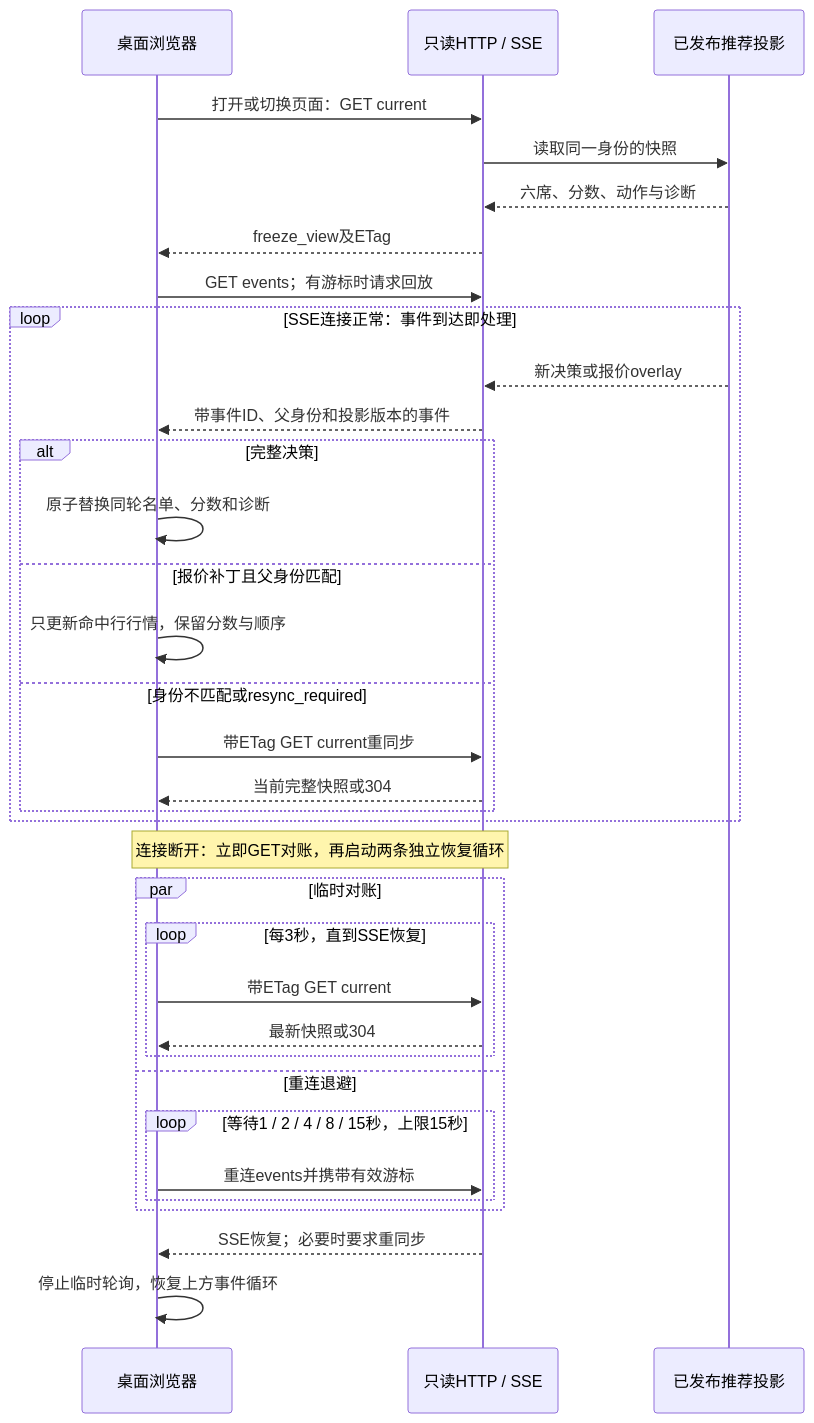
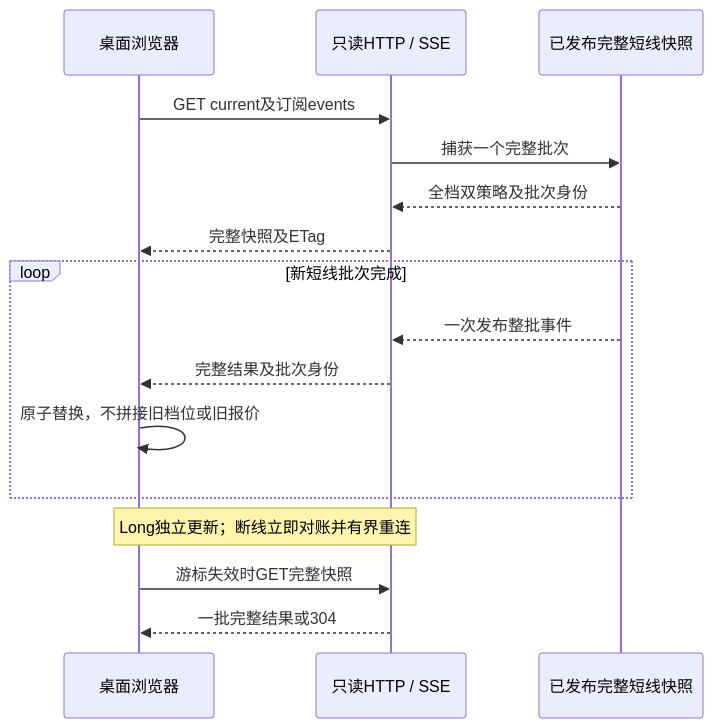
One commit to 373699756/trader changed the sixth of 6 diagrams in docs/2_工程设计.md. Above: the diagram before and after it, drawn with Mermaid. The commit also changed other lines of this file and 9 other files, not shown here.

````diff
--- a/docs/2_工程设计.md
+++ b/docs/2_工程设计.md
@@ -626,36 +654,18 @@
 ```mermaid
 sequenceDiagram
     participant UI as 桌面浏览器
     participant API as 只读HTTP / SSE
-    participant View as 已发布推荐投影
-    UI->>API: 打开或切换页面：GET current
-    API->>View: 读取同一身份的快照
-    View-->>API: 六席、分数、动作与诊断
-    API-->>UI: freeze_view及ETag
-    UI->>API: GET events；有游标时请求回放
-    loop SSE连接正常：事件到达即处理
-        View-->>API: 新决策或报价overlay
-        API-->>UI: 带事件ID、父身份和投影版本的事件
-        alt 完整决策
-            UI->>UI: 原子替换同轮名单、分数和诊断
-        else 报价补丁且父身份匹配
-            UI->>UI: 只更新命中行行情，保留分数与顺序
-        else 身份不匹配或resync_required
-            UI->>API: 带ETag GET current重同步
-            API-->>UI: 当前完整快照或304
-        end
+    participant View as 已发布完整短线快照
+    UI->>API: GET current及订阅events
+    API->>View: 捕获一个完整批次
+    View-->>API: 全档双策略及批次身份
+    API-->>UI: 完整快照及ETag
+    loop 新短线批次完成
+        View-->>API: 一次发布整批事件
+        API-->>UI: 完整结果及批次身份
+        UI->>UI: 原子替换，不拼接旧档位或旧报价
     end
-    Note over UI,API: 连接断开：立即GET对账，再启动两条独立恢复循环
-    par 临时对账
-        loop 每3秒，直到SSE恢复
-            UI->>API: 带ETag GET current
-            API-->>UI: 最新快照或304
-        end
-    and 重连退避
-        loop 等待1 / 2 / 4 / 8 / 15秒，上限15秒
-            UI->>API: 重连events并携带有效游标
-        end
-    end
-    API-->>UI: SSE恢复；必要时要求重同步
-    UI->>UI: 停止临时轮询，恢复上方事件循环
+    Note over UI,API: Long独立更新；断线立即对账并有界重连
+    UI->>API: 游标失效时GET完整快照
+    API-->>UI: 一批完整结果或304
 ```
````
